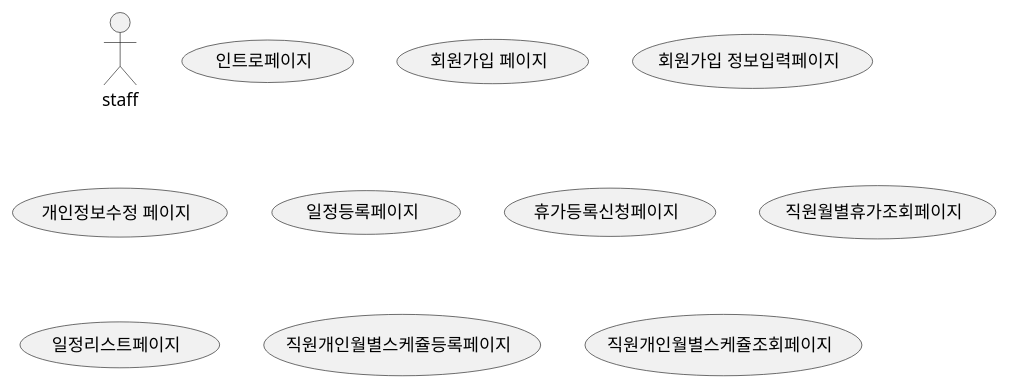
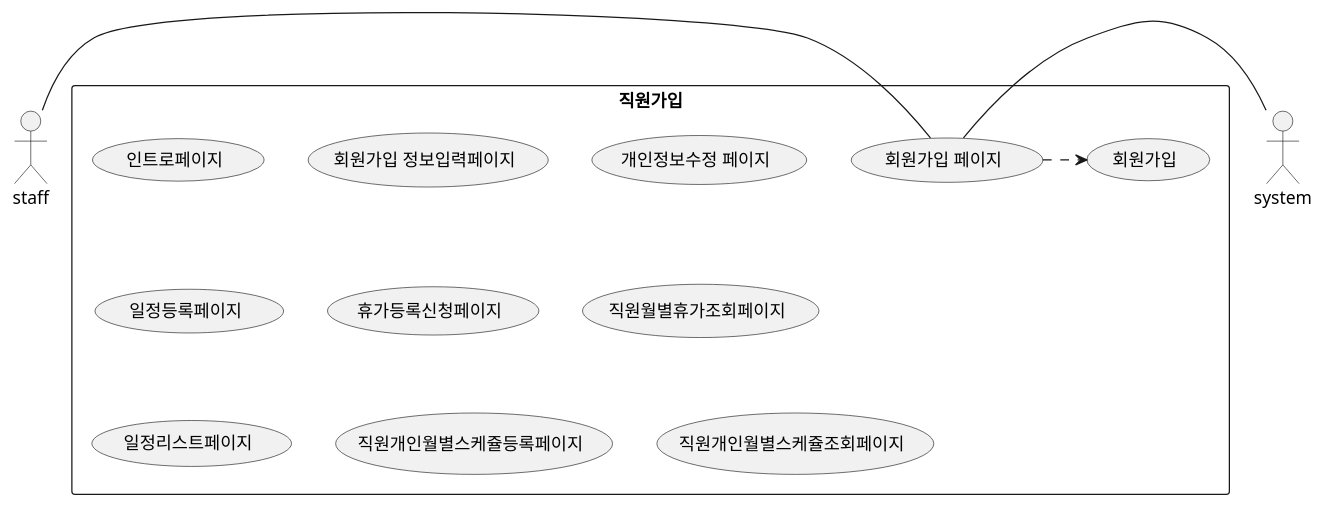
The diagram in uml/staff.md (sejuntgbest/roaster), drawn with PlantUML before and after one commit.

Commit message:
staff 유즈케이스를 드디어 네모에 넣었다!

````diff
--- a/uml/staff.md
+++ b/uml/staff.md
@@ -4,28 +4,41 @@
 ```plantuml
 
 @startuml
 
 actor staff
 
-(인트로페이지)
+actor system
 
-(회원가입 페이지)
+rectangle 직원가입{
 
-(회원가입 정보입력페이지)
+  staff - (회원가입 페이지)
 
-(개인정보수정 페이지)
+  system - (회원가입 페이지)
 
-(일정등록페이지)  
+  (인트로페이지)
 
-(휴가등록신청페이지)
+  (회원가입 페이지) .> (회원가입)
 
-(직원월별휴가조회페이지)
+  (회원가입 정보입력페이지)  
 
-(일정리스트페이지)
+  (개인정보수정 페이지)
 
-(직원개인월별스케쥴등록페이지)
+  (일정등록페이지)  
 
-(직원개인월별스케쥴조회페이지)
+  (휴가등록신청페이지)
+
+  (직원월별휴가조회페이지)
+
+  (일정리스트페이지)
+
+  (직원개인월별스케쥴등록페이지)
+
+  (직원개인월별스케쥴조회페이지)
+
+}
+
+
+
 
 @enduml
 ```
````
